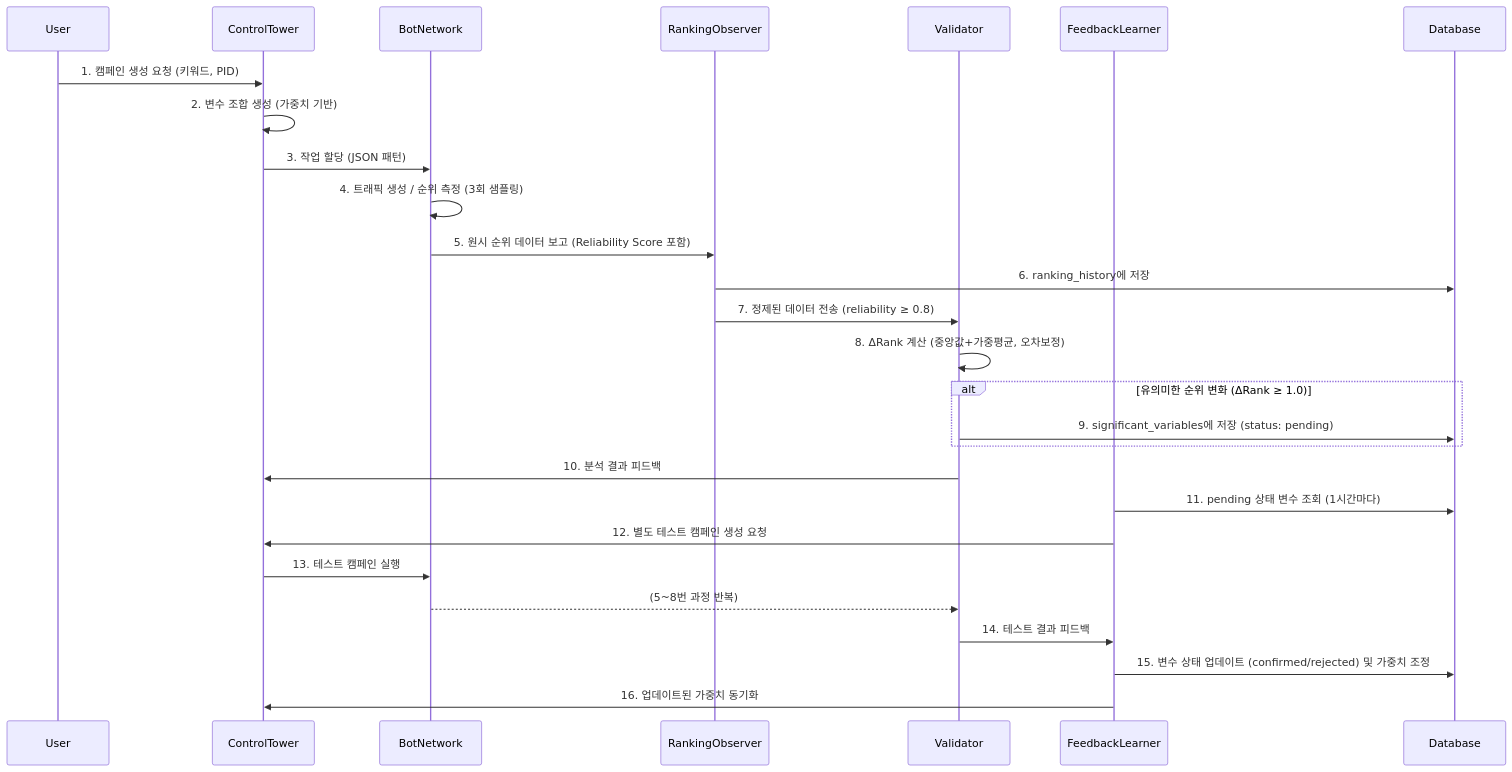
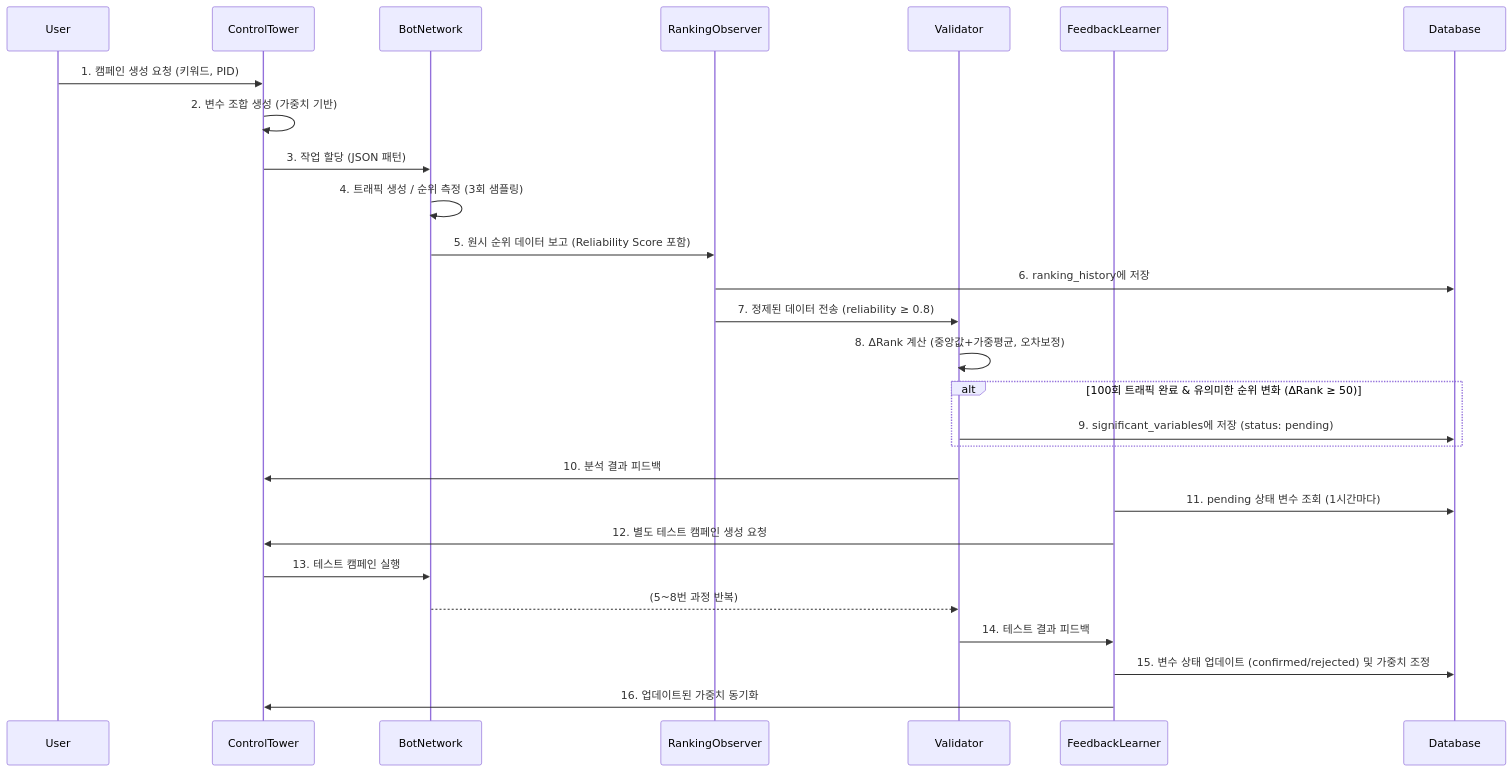
One commit to mim1012/turafic changed the second of 2 diagrams in docs/INTEGRATED_SYSTEM_ARCHITECTURE.md. Above: the diagram before and after it, drawn with Mermaid. The commit also changed other lines of this file and 3 other files, not shown here.

````diff
--- a/docs/INTEGRATED_SYSTEM_ARCHITECTURE.md
+++ b/docs/INTEGRATED_SYSTEM_ARCHITECTURE.md
@@ -140,30 +141,30 @@
 ```mermaid
 sequenceDiagram
     participant User
     participant ControlTower
     participant BotNetwork
     participant RankingObserver
     participant Validator
     participant FeedbackLearner
     participant Database
 
     User->>ControlTower: 1. 캠페인 생성 요청 (키워드, PID)
     ControlTower->>ControlTower: 2. 변수 조합 생성 (가중치 기반)
     ControlTower->>BotNetwork: 3. 작업 할당 (JSON 패턴)
     BotNetwork->>BotNetwork: 4. 트래픽 생성 / 순위 측정 (3회 샘플링)
     BotNetwork->>RankingObserver: 5. 원시 순위 데이터 보고 (Reliability Score 포함)
     RankingObserver->>Database: 6. ranking_history에 저장
     RankingObserver->>Validator: 7. 정제된 데이터 전송 (reliability ≥ 0.8)
     Validator->>Validator: 8. ΔRank 계산 (중앙값+가중평균, 오차보정)
-    alt 유의미한 순위 변화 (ΔRank ≥ 1.0)
+    alt 100회 트래픽 완료 & 유의미한 순위 변화 (ΔRank ≥ 50)
         Validator->>Database: 9. significant_variables에 저장 (status: pending)
     end
     Validator->>ControlTower: 10. 분석 결과 피드백
     FeedbackLearner->>Database: 11. pending 상태 변수 조회 (1시간마다)
     FeedbackLearner->>ControlTower: 12. 별도 테스트 캠페인 생성 요청
     ControlTower->>BotNetwork: 13. 테스트 캠페인 실행
     BotNetwork-->>Validator: (5~8번 과정 반복)
     Validator->>FeedbackLearner: 14. 테스트 결과 피드백
     FeedbackLearner->>Database: 15. 변수 상태 업데이트 (confirmed/rejected) 및 가중치 조정
     FeedbackLearner->>ControlTower: 16. 업데이트된 가중치 동기화
 ```
````
